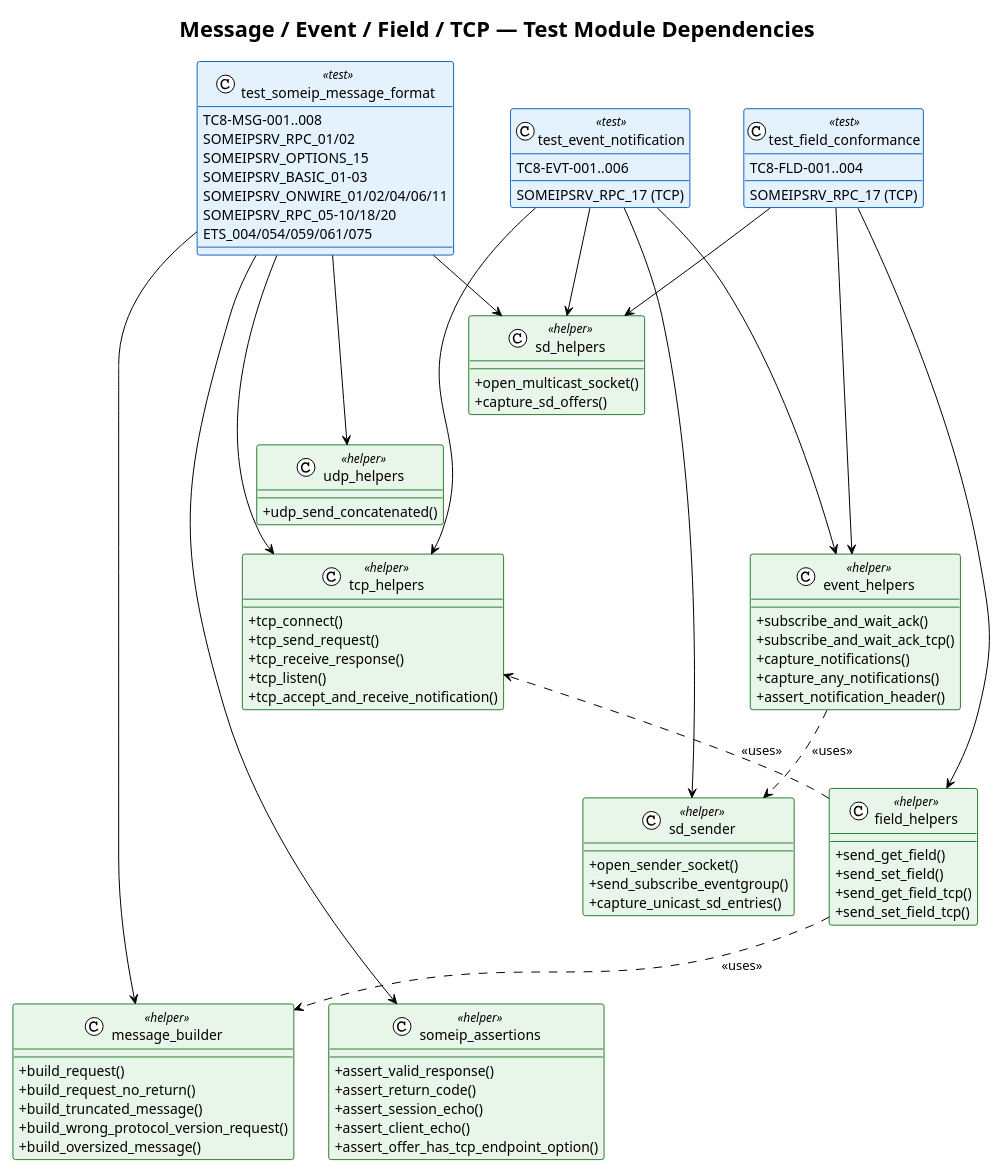
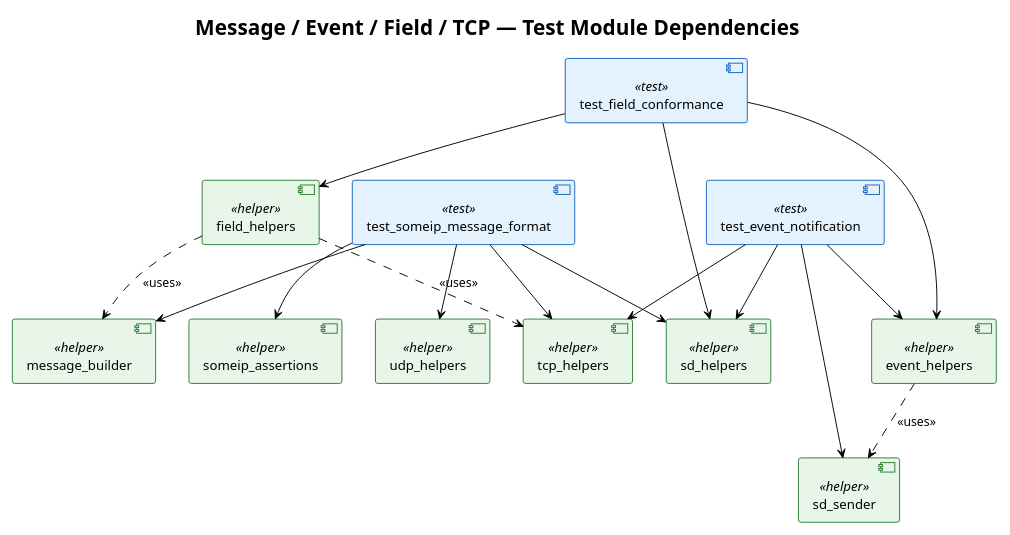
One commit to eclipse-score/inc_someip_gateway changed the third of 7 diagrams in docs/architecture/tc8_conformance_testing.rst. Above: the diagram before and after it, drawn with PlantUML. The commit also changed other lines of this file and 5 other files, not shown here.

Commit message:
docs: trim TC8 architecture doc and move coverage to traceability.

```diff
--- a/docs/architecture/tc8_conformance_testing.rst
+++ b/docs/architecture/tc8_conformance_testing.rst
@@ -320,8 +197,7 @@
    @startuml
    !theme plain
    scale max 800 width
-   skinparam classAttributeIconSize 0
-   skinparam class {
+   skinparam component {
      BackgroundColor<<test>> #E3F2FD
      BorderColor<<test>> #1565C0
      BackgroundColor<<helper>> #E8F5E9
@@ -330,100 +206,32 @@
 
    title Message / Event / Field / TCP — Test Module Dependencies
 
-   class test_someip_message_format <<test>> {
-     TC8-MSG-001..008
-     SOMEIPSRV_RPC_01/02
-     SOMEIPSRV_OPTIONS_15
-     SOMEIPSRV_BASIC_01–03
-     SOMEIPSRV_ONWIRE_01/02/04/06/11
-     SOMEIPSRV_RPC_05–10/18/20
-     ETS_004/054/059/061/075
-   }
-   class test_event_notification <<test>> {
-     TC8-EVT-001..006
-     SOMEIPSRV_RPC_17 (TCP)
-   }
-   class test_field_conformance <<test>> {
-     TC8-FLD-001..004
-     SOMEIPSRV_RPC_17 (TCP)
-   }
+   [test_someip_message_format] <<test>>
+   [test_event_notification] <<test>>
+   [test_field_conformance] <<test>>
 
-   class message_builder <<helper>> {
-     +build_request()
-     +build_request_no_return()
-     +build_truncated_message()
-     +build_wrong_protocol_version_request()
-     +build_oversized_message()
-   }
-   class someip_assertions <<helper>> {
-     +assert_valid_response()
-     +assert_return_code()
-     +assert_session_echo()
-     +assert_client_echo()
-     +assert_offer_has_tcp_endpoint_option()
-   }
-   class sd_helpers <<helper>> {
-     +open_multicast_socket()
-     +capture_sd_offers()
-   }
-   class sd_sender <<helper>> {
-     +open_sender_socket()
-     +send_subscribe_eventgroup()
-     +capture_unicast_sd_entries()
-   }
-   class event_helpers <<helper>> {
-     +subscribe_and_wait_ack()
-     +subscribe_and_wait_ack_tcp()
-     +capture_notifications()
-     +capture_any_notifications()
-     +assert_notification_header()
-   }
-   class field_helpers <<helper>> {
-     +send_get_field()
-     +send_set_field()
-     +send_get_field_tcp()
-     +send_set_field_tcp()
-   }
-   class tcp_helpers <<helper>> {
-     +tcp_connect()
-     +tcp_send_request()
-     +tcp_receive_response()
-     +tcp_listen()
-     +tcp_accept_and_receive_notification()
-   }
-   class udp_helpers <<helper>> {
-     +udp_send_concatenated()
-   }
+   [message_builder] <<helper>>
+   [someip_assertions] <<helper>>
+   [sd_helpers] <<helper>>
+   [sd_sender] <<helper>>
+   [event_helpers] <<helper>>
+   [field_helpers] <<helper>>
+   [tcp_helpers] <<helper>>
+   [udp_helpers] <<helper>>
 
-   ' layout: test modules in a row
-   test_someip_message_format -right[hidden]- test_event_notification
-   test_event_notification -right[hidden]- test_field_conformance
+   test_someip_message_format --> message_builder
+   test_someip_message_format --> someip_assertions
+   test_someip_message_format --> sd_helpers
+   test_someip_message_format --> tcp_helpers
+   test_someip_message_format --> udp_helpers
+   test_event_notification --> event_helpers
+   test_event_notification --> sd_helpers
+   test_event_notification --> sd_sender
+   test_event_notification --> tcp_helpers
+   test_field_conformance --> field_helpers
+   test_field_conformance --> event_helpers
+   test_field_conformance --> sd_helpers
 
-   ' layout: helpers in grid
-   message_builder -right[hidden]- someip_assertions
-   sd_helpers -right[hidden]- sd_sender
-   event_helpers -right[hidden]- field_helpers
-   tcp_helpers -right[hidden]- event_helpers
-   udp_helpers -right[hidden]- tcp_helpers
-   message_builder -down[hidden]- sd_helpers
-   sd_helpers -down[hidden]- tcp_helpers
-   tcp_helpers -down[hidden]- event_helpers
-
-   ' test → helper dependencies
-   test_someip_message_format -down-> message_builder
-   test_someip_message_format -down-> someip_assertions
-   test_someip_message_format -down-> sd_helpers
-   test_someip_message_format -down-> tcp_helpers
-   test_someip_message_format -down-> udp_helpers
-   test_event_notification -down-> event_helpers
-   test_event_notification -down-> sd_helpers
-   test_event_notification -down-> sd_sender
-   test_event_notification -down-> tcp_helpers
-   test_field_conformance -down-> field_helpers
-   test_field_conformance -down-> event_helpers
-   test_field_conformance -down-> sd_helpers
-
-   ' internal helper dependencies
    event_helpers ..> sd_sender : <<uses>>
    field_helpers ..> message_builder : <<uses>>
    field_helpers ..> tcp_helpers : <<uses>>
```
